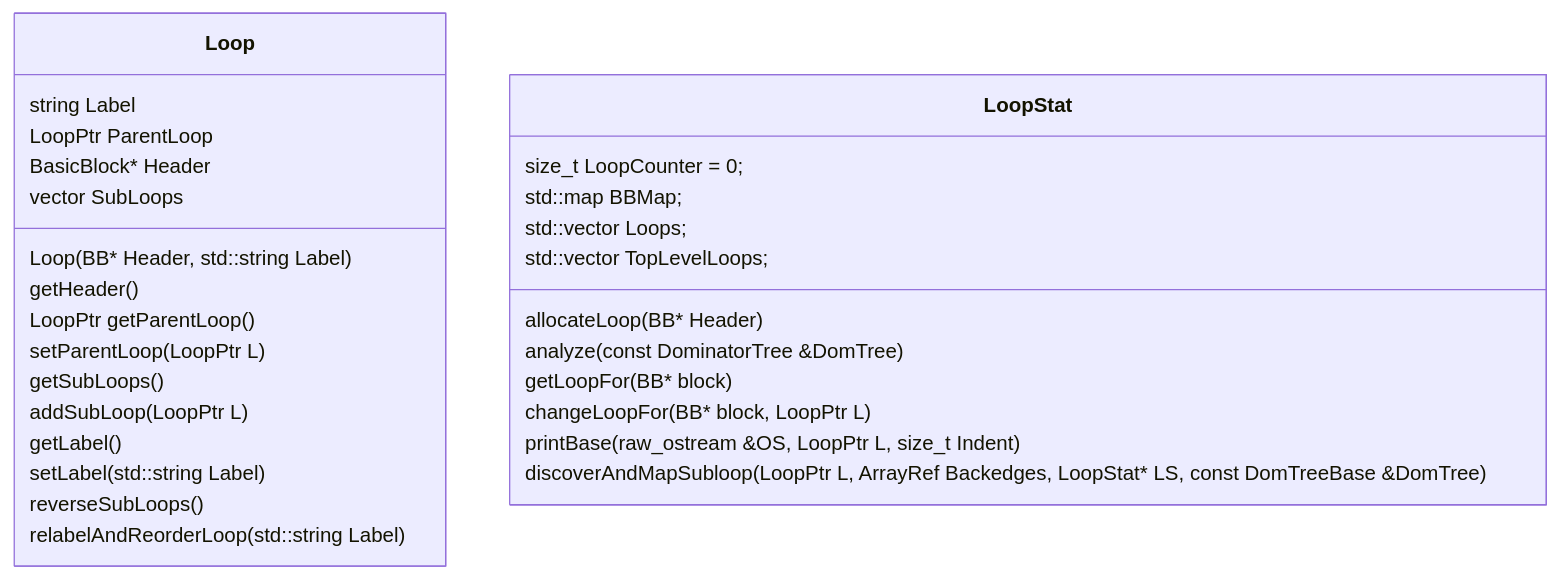
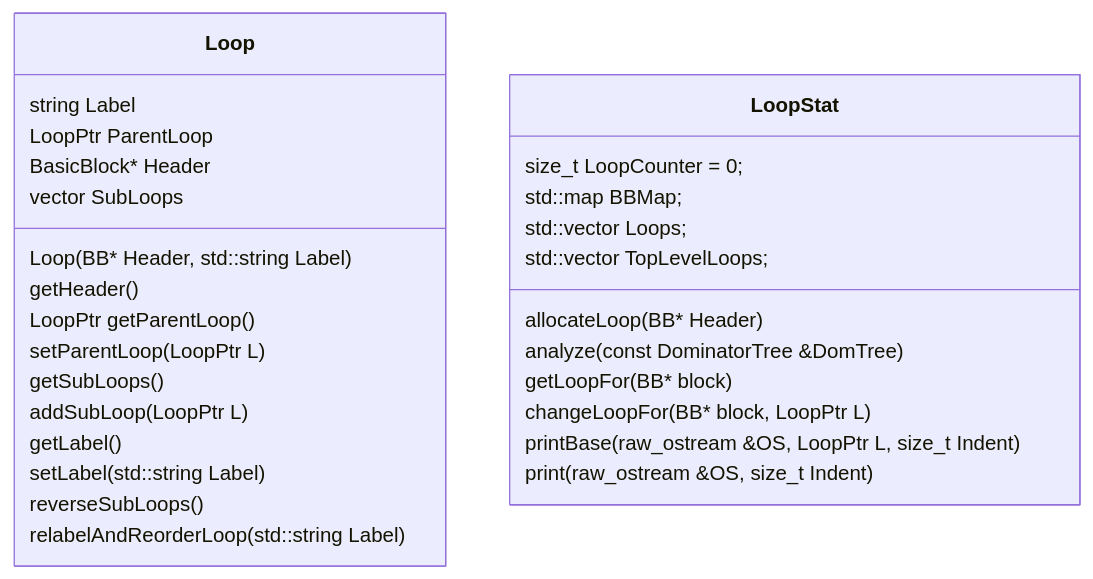
Before and after one commit to code-nowww/2020-USTC-Compiler-Lab-MLIR: the diagram in my-llvm-driver/docs/report.md, drawn with Mermaid. The commit also changed other lines of this file and 1 other file, not shown here.

````diff
--- a/my-llvm-driver/docs/report.md
+++ b/my-llvm-driver/docs/report.md
@@ -90,37 +90,37 @@
 ```mermaid
 classDiagram
     class Loop {
         string Label
         LoopPtr ParentLoop
         BasicBlock* Header
         vector<LoopPtr> SubLoops
         
         Loop(BB* Header, std::string Label)
         getHeader()
 
         LoopPtr getParentLoop()
         setParentLoop(LoopPtr L)
         
         getSubLoops()
         addSubLoop(LoopPtr L)
 
         getLabel()
         setLabel(std::string Label)
 
         reverseSubLoops()
         relabelAndReorderLoop(std::string Label)
     }
     class LoopStat {
         size_t LoopCounter = 0;
         std::map<const BasicBlock *, LoopPtr> BBMap;
         std::vector<LoopPtr> Loops;
         std::vector<LoopPtr> TopLevelLoops;
 
         allocateLoop(BB* Header)
         analyze(const DominatorTree &DomTree)
         getLoopFor(BB* block)
         changeLoopFor(BB* block, LoopPtr L)
         printBase(raw_ostream &OS, LoopPtr L, size_t Indent)
-        discoverAndMapSubloop(LoopPtr L, ArrayRef<BB *> Backedges, LoopStat* LS, const DomTreeBase<BB> &DomTree)
+        print(raw_ostream &OS, size_t Indent)
     }
 ```
````
